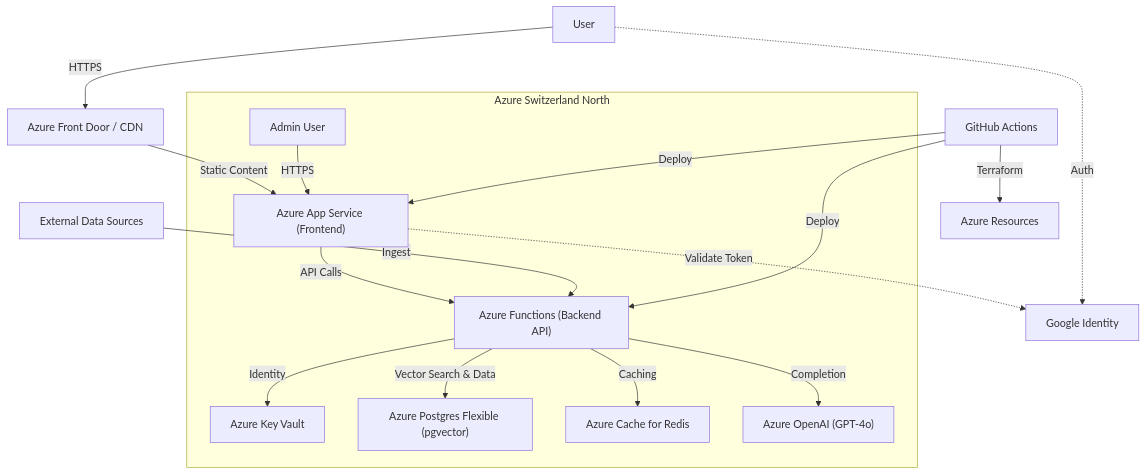
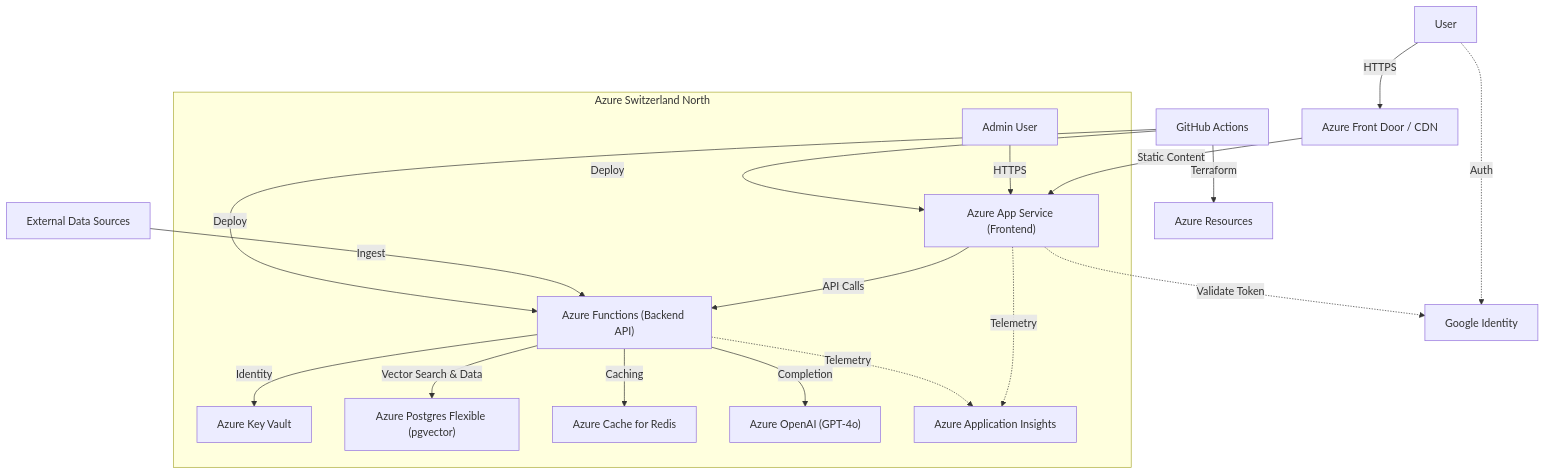
The diagram in specifications.md (fpittelo/alpinebot2), drawn with Mermaid before and after one commit.

Commit message:
spec update

````diff
--- a/specifications.md
+++ b/specifications.md
@@ -15,23 +15,26 @@
 ```mermaid
 graph TD
     User[User] -->|HTTPS| CDN[Azure Front Door / CDN]
     CDN -->|Static Content| WebApp["Azure App Service (Frontend)"]
     WebApp -->|API Calls| Func["Azure Functions (Backend API)"]
 
     User -.->|Auth| Google[Google Identity]
     WebApp -.->|Validate Token| Google
 
     subgraph "Azure Switzerland North"
         Func -->|Identity| KV[Azure Key Vault]
         Func -->|Vector Search & Data| DB["Azure Postgres Flexible (pgvector)"]
         Func -->|Caching| Redis[Azure Cache for Redis]
         Func -->|Completion| OpenAI["Azure OpenAI (GPT-4o)"]
         Admin[Admin User] -->|HTTPS| WebApp
+
+        WebApp -.->|Telemetry| AppInsights[Azure Application Insights]
+        Func -.->|Telemetry| AppInsights
     end
 
     ExternalData[External Data Sources] -->|Ingest| Func
 
     GitHub[GitHub Actions] -->|Deploy| WebApp
     GitHub -->|Deploy| Func
     GitHub -->|Terraform| AzureRes[Azure Resources]
 ```
````
